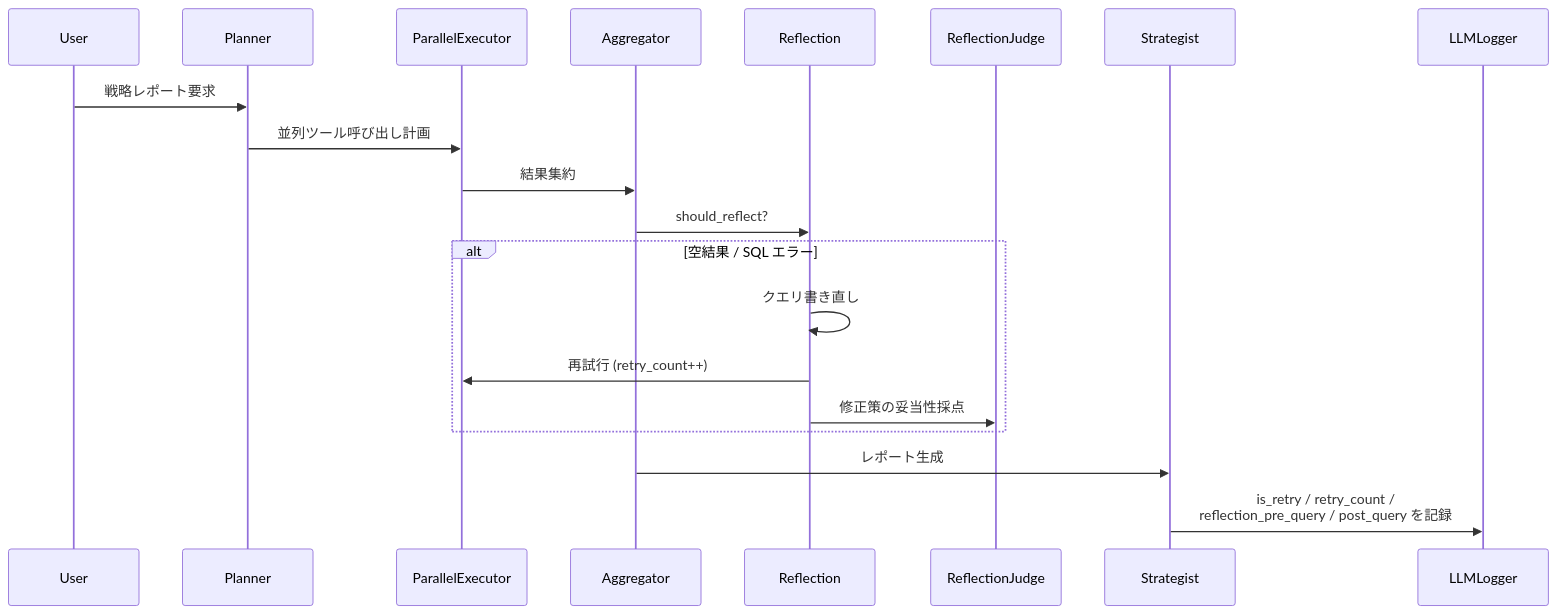
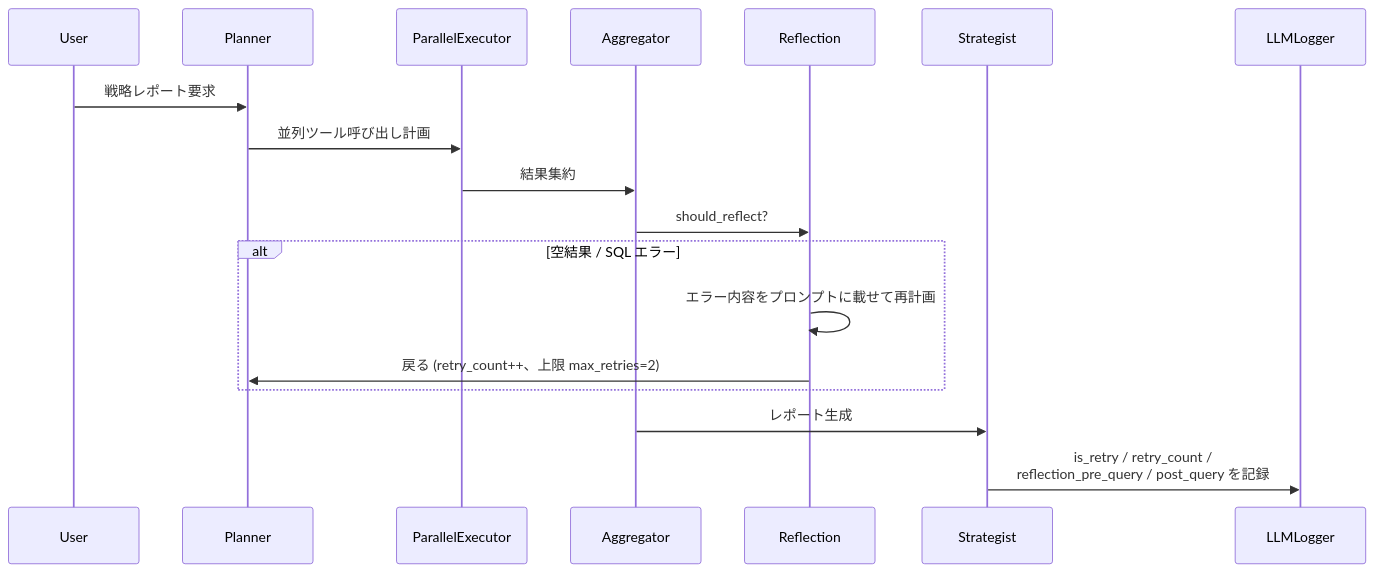
One commit to takeshimx/diamond-lens changed the seventh of 8 diagrams in README_ai_architecture.md. Above: the diagram before and after it, drawn with Mermaid. The commit also changed other lines of this file and 16 other files, not shown here.

````diff
--- a/README_ai_architecture.md
+++ b/README_ai_architecture.md
@@ -449,23 +551,21 @@
 ```mermaid
 sequenceDiagram
     participant User
     participant Planner as Planner
     participant Exec as ParallelExecutor
     participant Agg as Aggregator
     participant Reflect as Reflection
-    participant Judge3 as ReflectionJudge
     participant Strategist
     participant Logger as LLMLogger
 
     User->>Planner: 戦略レポート要求
     Planner->>Exec: 並列ツール呼び出し計画
     Exec->>Agg: 結果集約
     Agg->>Reflect: should_reflect?
     alt 空結果 / SQL エラー
-        Reflect->>Reflect: クエリ書き直し
-        Reflect->>Exec: 再試行 (retry_count++)
-        Reflect->>Judge3: 修正策の妥当性採点
+        Reflect->>Reflect: エラー内容をプロンプトに載せて再計画
+        Reflect->>Planner: 戻る (retry_count++、上限 max_retries=2)
     end
     Agg->>Strategist: レポート生成
     Strategist->>Logger: is_retry / retry_count /<br/>reflection_pre_query / post_query を記録
 ```
````
